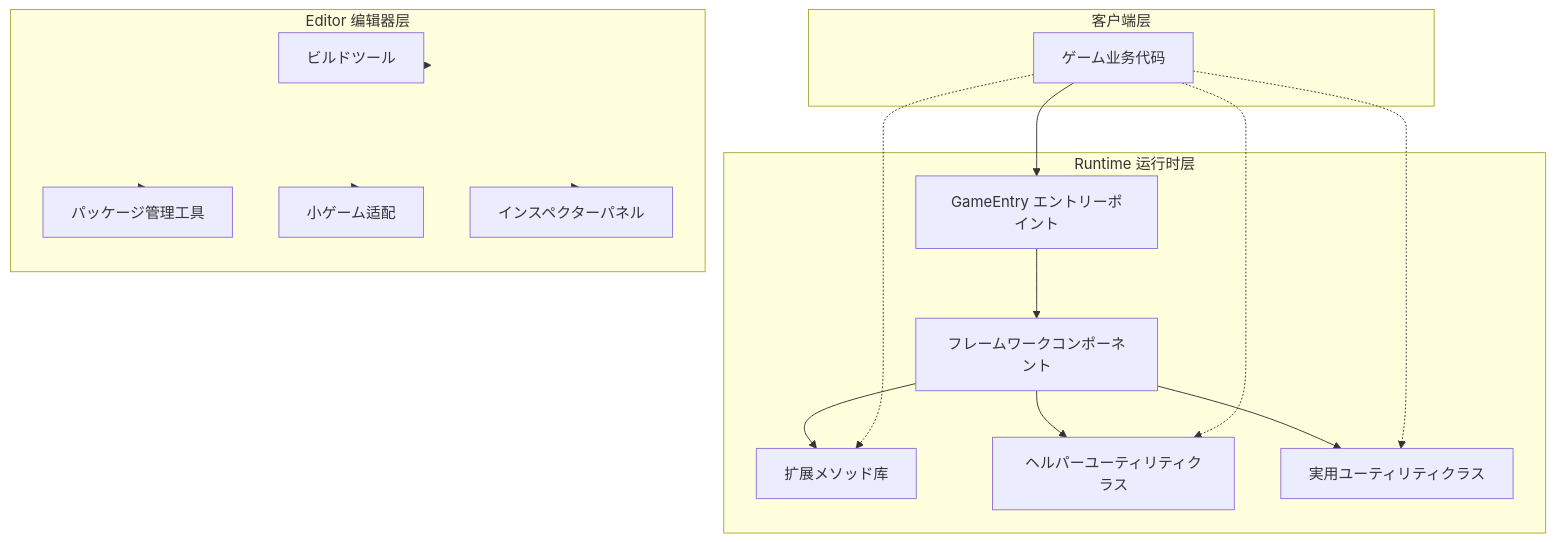
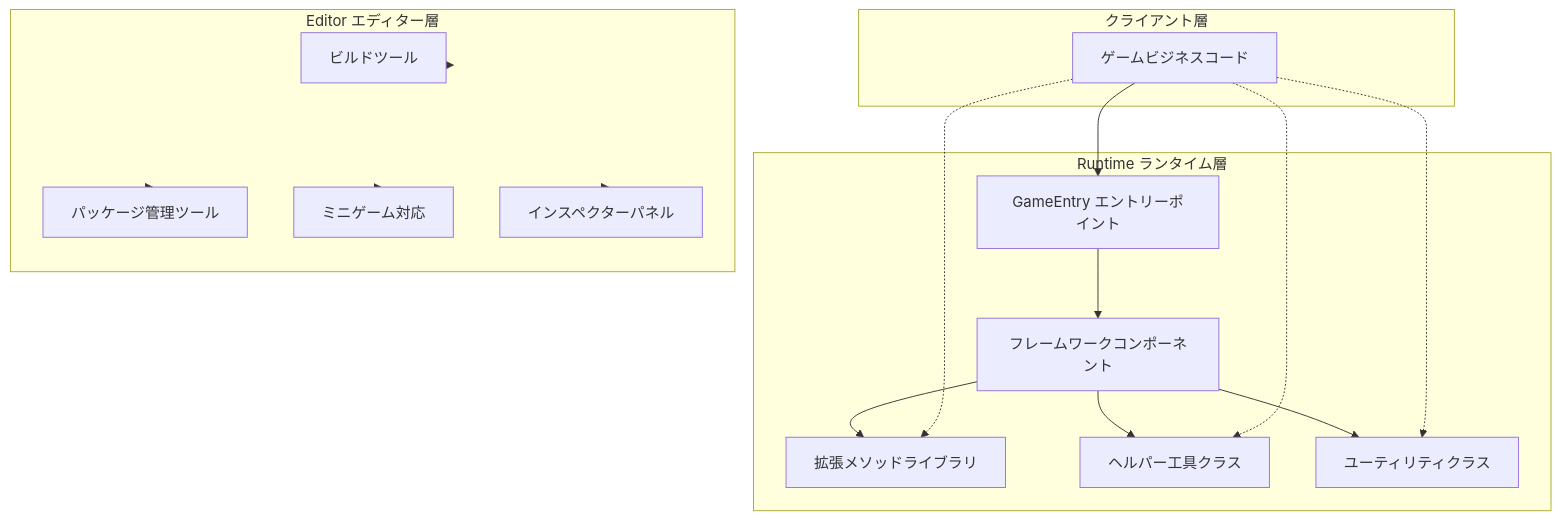
Before and after one commit to AlianBlank/GameFrameX.Docs: the first of 3 diagrams in docs/ja/client/unity/component/core/03.getting-started.md, drawn with Mermaid. The commit also changed other lines of this file and 320 other files, not shown here.

````diff
--- a/docs/ja/client/unity/component/core/03.getting-started.md
+++ b/docs/ja/client/unity/component/core/03.getting-started.md
@@ -26,34 +26,34 @@
 ```mermaid
 graph TD
-    subgraph Client["客户端层"]
-        Game["ゲーム业务代码"]
+    subgraph Client["クライアント層"]
+        Game["ゲームビジネスコード"]
     end
 
-    subgraph Runtime["Runtime 运行时层"]
+    subgraph Runtime["Runtime ランタイム層"]
         Entry["GameEntry エントリーポイント"]
         Components["フレームワークコンポーネント"]
-        Extensions["扩展メソッド库"]
-        Helpers["ヘルパーユーティリティクラス"]
-        Utilities["実用ユーティリティクラス"]
+        Extensions["拡張メソッドライブラリ"]
+        Helpers["ヘルパー工具クラス"]
+        Utilities["ユーティリティクラス"]
     end
 
-    subgraph Editor["Editor 编辑器层"]
+    subgraph Editor["Editor エディター層"]
         Build["ビルドツール"]
-        Package["パッケージ管理工具"]
-        MiniGame["小ゲーム适配"]
+        Package["パッケージ管理ツール"]
+        MiniGame["ミニゲーム対応"]
         Inspector["インスペクターパネル"]
     end
 
     Game --> Entry
     Entry --> Components
     Components --> Extensions
     Components --> Helpers
     Components --> Utilities
     Game -.-> Extensions
     Game -.-> Helpers
     Game -.-> Utilities
     Editor -.-> Build
     Editor -.-> Package
     Editor -.-> MiniGame
     Editor -.-> Inspector
 ```
````
